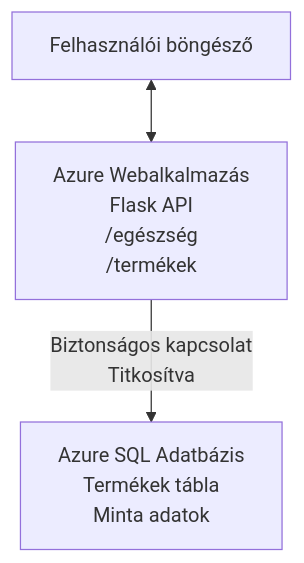
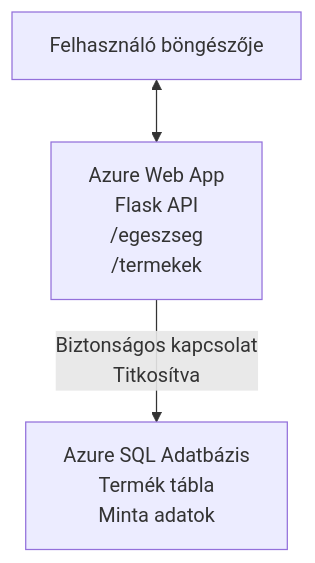
The diagram in translations/hu/examples/database-app/README.md (microsoft/AZD-for-beginners), drawn with Mermaid before and after one commit. The commit also changed other lines of this file and 104 other files, not shown here.

````diff
--- a/translations/hu/examples/database-app/README.md
+++ b/translations/hu/examples/database-app/README.md
@@ -72,5 +72,5 @@
 ```mermaid
 graph TD
-    Browser[Felhasználói böngésző] <--> WebApp[Azure Webalkalmazás<br/>Flask API<br/>/egészség<br/>/termékek]
-    WebApp -- Biztonságos kapcsolat<br/>Titkosítva --> SQL[Azure SQL Adatbázis<br/>Termékek tábla<br/>Minta adatok]
+    Browser[Felhasználó böngészője] <--> WebApp[Azure Web App<br/>Flask API<br/>/egeszseg<br/>/termekek]
+    WebApp -- Biztonságos kapcsolat<br/>Titkosítva --> SQL[Azure SQL Adatbázis<br/>Termék tábla<br/>Minta adatok]
 ```
````
